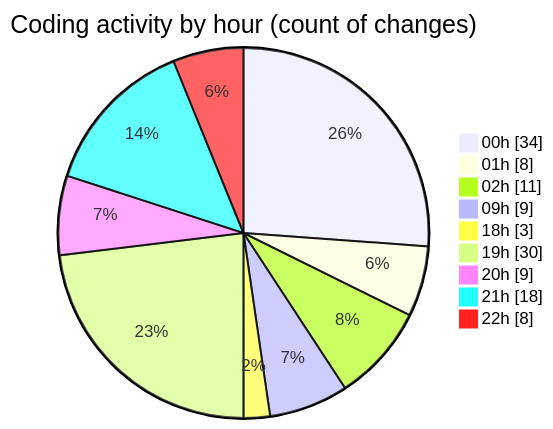
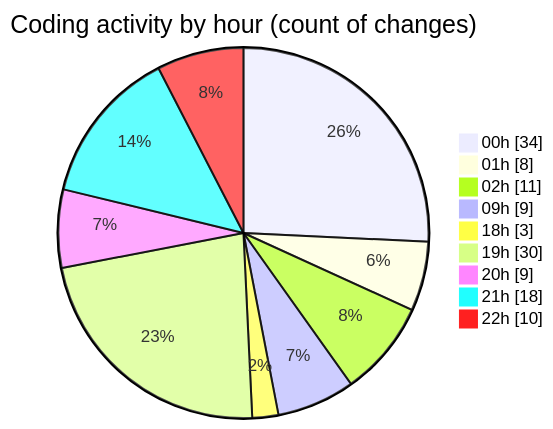
Before and after one commit to Elitesun/code-tracking: the second of 2 diagrams in 2025-05-18/niten/README.md, drawn with Mermaid. The commit also changed other lines of this file and 1 other file, not shown here.

````diff
--- a/2025-05-18/niten/README.md
+++ b/2025-05-18/niten/README.md
@@ -70,13 +71,13 @@
 ```mermaid
 pie showData
 title Coding activity by hour (count of changes)
 "00h" : 34
 "01h" : 8
 "02h" : 11
 "09h" : 9
 "18h" : 3
 "19h" : 30
 "20h" : 9
 "21h" : 18
-"22h" : 8
+"22h" : 10
 ```
````
